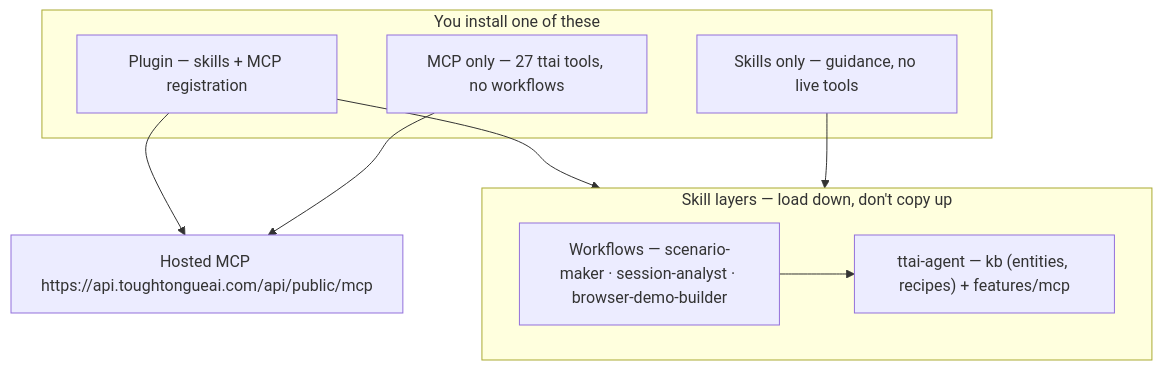
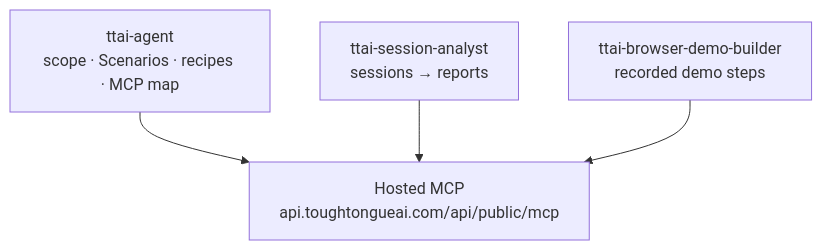
The diagram in README.md (tough-tongue/toughtongue-skills), drawn with Mermaid before and after one commit. The commit also changed other lines of this file and 100 other files, not shown here.

First line of the commit message:
Release 1.0.0: three ttai- skills, standard layout, live-MCP audit

````diff
--- a/README.md
+++ b/README.md
@@ -82,17 +187,9 @@
 ```mermaid
 flowchart TB
-  subgraph install["You install one of these"]
-    P["Plugin — skills + MCP registration"]
-    Sonly["Skills only — guidance, no live tools"]
-    Monly["MCP only — 27 ttai tools, no workflows"]
-  end
-  subgraph layers["Skill layers — load down, don't copy up"]
-    L1["Workflows — scenario-maker · session-analyst · browser-demo-builder"]
-    L0["ttai-agent — kb (entities, recipes) + features/mcp"]
-    L1 --> L0
-  end
-  P --> layers
-  P --> MCP["Hosted MCP https://api.toughtongueai.com/api/public/mcp"]
-  Sonly --> layers
-  Monly --> MCP
+  TA["ttai-agent<br/>scope · Scenarios · recipes · MCP map"]
+  SA["ttai-session-analyst<br/>sessions → reports"]
+  BD["ttai-browser-demo-builder<br/>recorded demo steps"]
+  TA --> MCP["Hosted MCP<br/>api.toughtongueai.com/api/public/mcp"]
+  SA --> MCP
+  BD --> MCP
 ```
````
